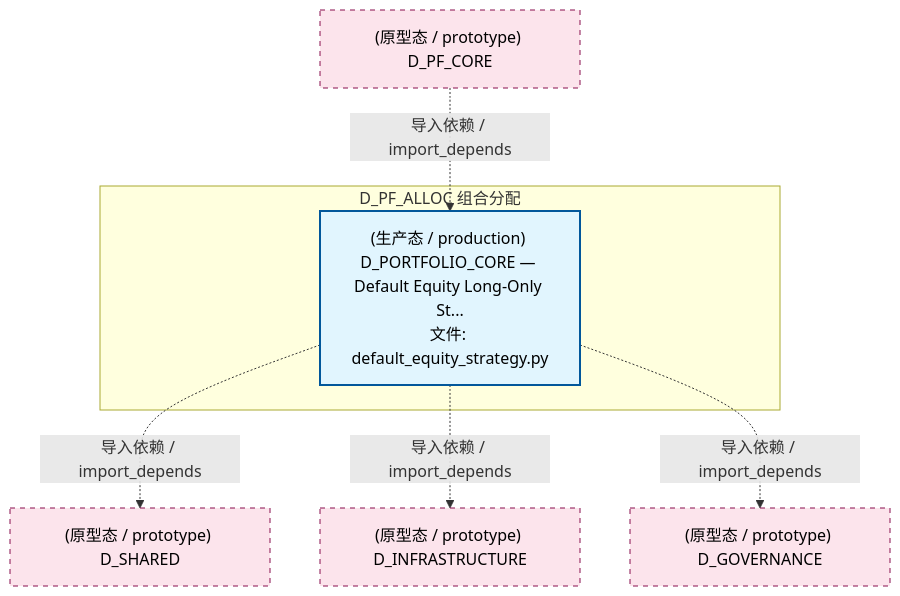
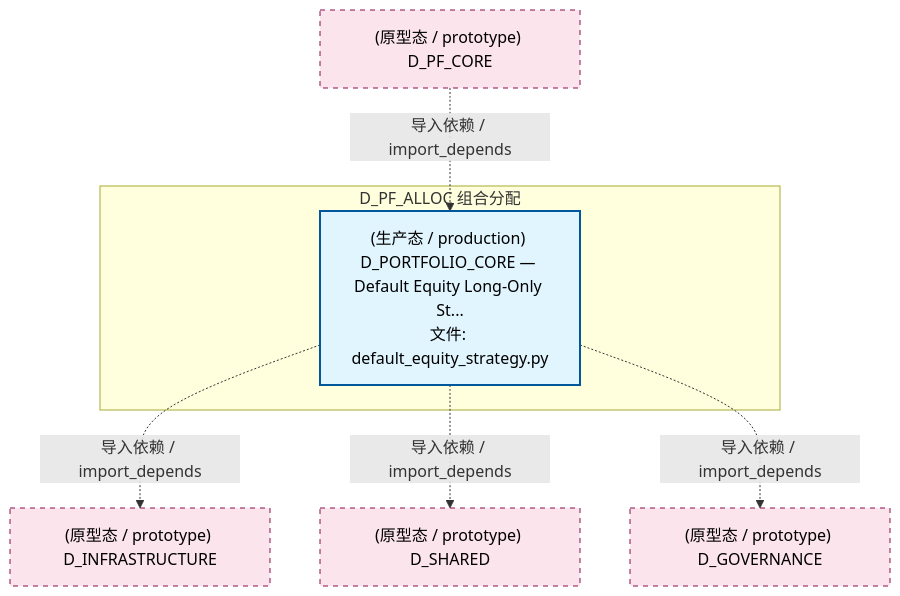
The second of 5 diagrams in docs/02_enterprise_architecture/02_domain_architecture_docs/51_d_pf_alloc.md (xuanFelixVan/ZephyrAlpha), drawn with Mermaid before and after one commit. The commit also changed other lines of this file and 126 other files, not shown here.

````diff
--- a/docs/02_enterprise_architecture/02_domain_architecture_docs/51_d_pf_alloc.md
+++ b/docs/02_enterprise_architecture/02_domain_architecture_docs/51_d_pf_alloc.md
@@ -111,20 +111,20 @@
 ```mermaid
 graph TD
     subgraph D_PF_ALLOC["D_PF_ALLOC 组合分配"]
         src_zephyr_pf_core_default_equity_strategy_py["(生产态 / production) D_PORTFOLIO_CORE — Default Equity Long-Only St...<br/>文件: default_equity_strategy.py"]
     end
+    D_INFRASTRUCTURE["(原型态 / prototype) D_INFRASTRUCTURE"]
+    src_zephyr_pf_core_default_equity_strategy_py -.->|导入依赖 / import_depends| D_INFRASTRUCTURE
     D_SHARED["(原型态 / prototype) D_SHARED"]
     src_zephyr_pf_core_default_equity_strategy_py -.->|导入依赖 / import_depends| D_SHARED
-    D_INFRASTRUCTURE["(原型态 / prototype) D_INFRASTRUCTURE"]
-    src_zephyr_pf_core_default_equity_strategy_py -.->|导入依赖 / import_depends| D_INFRASTRUCTURE
     D_GOVERNANCE["(原型态 / prototype) D_GOVERNANCE"]
     src_zephyr_pf_core_default_equity_strategy_py -.->|导入依赖 / import_depends| D_GOVERNANCE
     D_PF_CORE["(原型态 / prototype) D_PF_CORE"]
     D_PF_CORE -.->|导入依赖 / import_depends| src_zephyr_pf_core_default_equity_strategy_py
     classDef production fill:#e1f5fe,stroke:#01579b,stroke-width:2px,color:#000
     classDef design fill:#fff3e0,stroke:#e65100,stroke-width:2px,color:#000,stroke-dasharray: 5 5
     classDef external_prod fill:#e8f5e9,stroke:#1b5e20,stroke-width:1px,color:#000
     classDef external_design fill:#fce4ec,stroke:#880e4f,stroke-width:1px,color:#000,stroke-dasharray: 5 5
     class src_zephyr_pf_core_default_equity_strategy_py production
-    class D_SHARED,D_INFRASTRUCTURE,D_GOVERNANCE,D_PF_CORE external_design
+    class D_INFRASTRUCTURE,D_SHARED,D_GOVERNANCE,D_PF_CORE external_design
 ```
````
